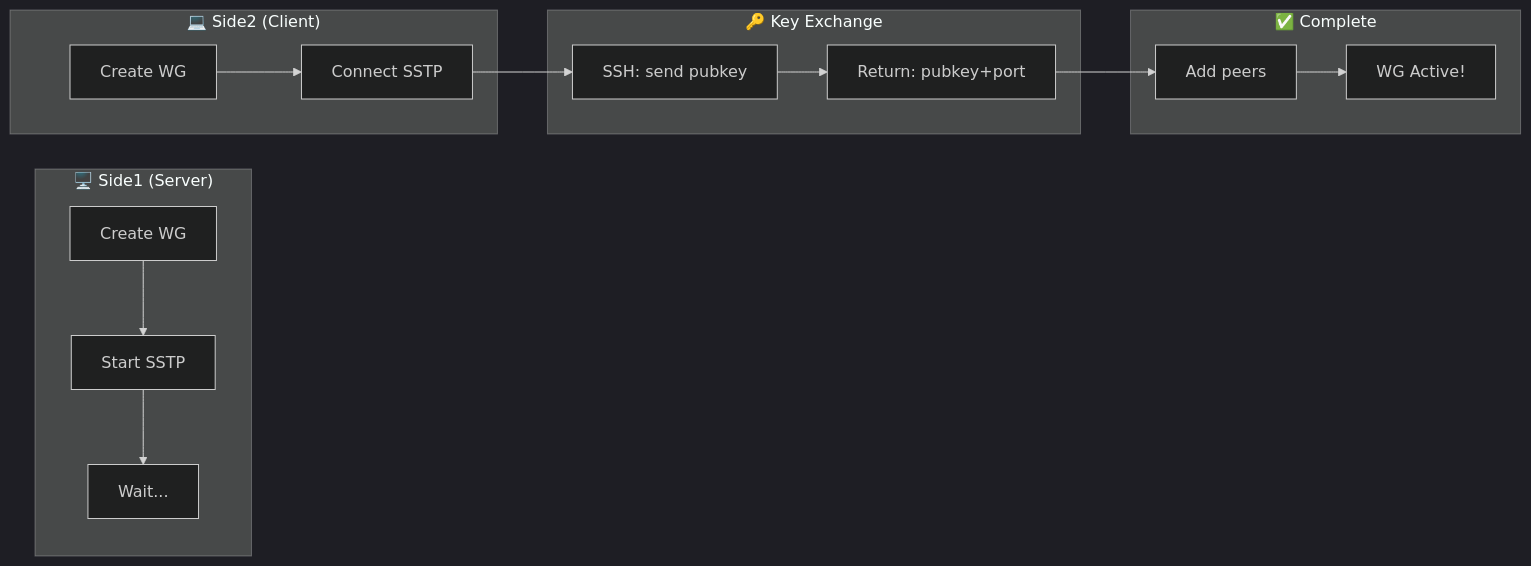
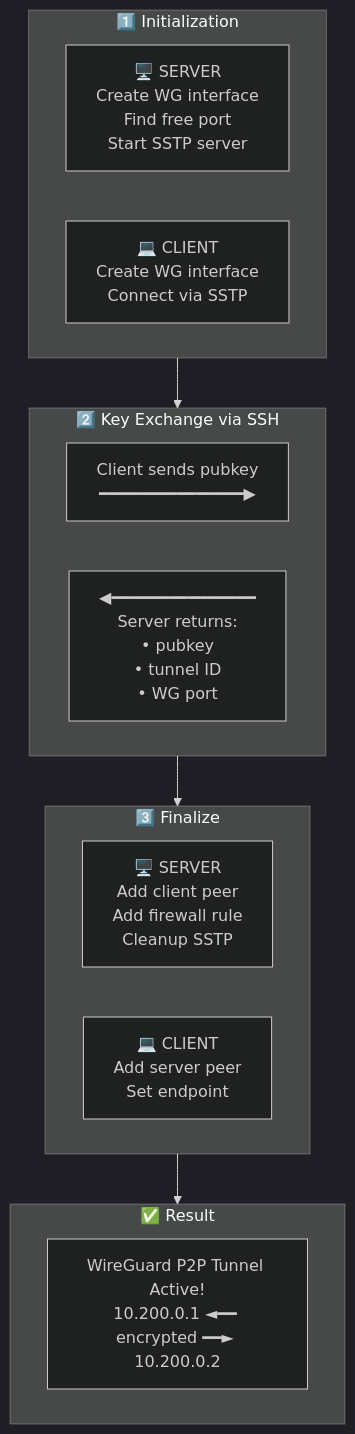
One commit to olkovin/k2o-wg-p2p-connector changed the diagram in README.md. Above: the diagram before and after it, drawn with Mermaid (dark theme). The commit also changed other lines of this file and 1 other file, not shown here.

Commit message:
Improve diagrams and simplify language badges
- Expand diagrams with more detail (port detection, firewall, cleanup)
- Change to vertical TB layout for better readability
- Simplify language switch badges to emoji-only (🇺🇦/🇬🇧)

🤖 Generated with [Claude Code](https://claude.com/claude-code)

````diff
--- a/README.md
+++ b/README.md
@@ -69,21 +69,26 @@
 ```mermaid
-flowchart LR
-    subgraph SERVER["🖥️ Side1 (Server)"]
-        S1[Create WG] --> S2[Start SSTP]
-        S2 --> S3[Wait...]
+flowchart TB
+    subgraph INIT["1️⃣ Initialization"]
+        direction LR
+        S1["🖥️ SERVER<br/>Create WG interface<br/>Find free port<br/>Start SSTP server"]
+        C1["💻 CLIENT<br/>Create WG interface<br/>Connect via SSTP"]
     end
 
-    subgraph CLIENT["💻 Side2 (Client)"]
-        C1[Create WG] --> C2[Connect SSTP]
+    subgraph EXCHANGE["2️⃣ Key Exchange via SSH"]
+        direction LR
+        E1["Client sends pubkey<br/>━━━━━━━━━━━━━━━▶"]
+        E2["◀━━━━━━━━━━━━━━━<br/>Server returns:<br/>• pubkey<br/>• tunnel ID<br/>• WG port"]
     end
 
-    subgraph EXCHANGE["🔑 Key Exchange"]
-        C2 --> E1[SSH: send pubkey]
-        E1 --> E2[Return: pubkey+port]
+    subgraph FINALIZE["3️⃣ Finalize"]
+        direction LR
+        F1["🖥️ SERVER<br/>Add client peer<br/>Add firewall rule<br/>Cleanup SSTP"]
+        F2["💻 CLIENT<br/>Add server peer<br/>Set endpoint"]
     end
 
-    subgraph DONE["✅ Complete"]
-        E2 --> D1[Add peers]
-        D1 --> D2[WG Active!]
+    subgraph RESULT["✅ Result"]
+        R1["WireGuard P2P Tunnel Active!<br/>10.200.0.1 ◄━━ encrypted ━━► 10.200.0.2"]
     end
+
+    INIT --> EXCHANGE --> FINALIZE --> RESULT
 ```
````
